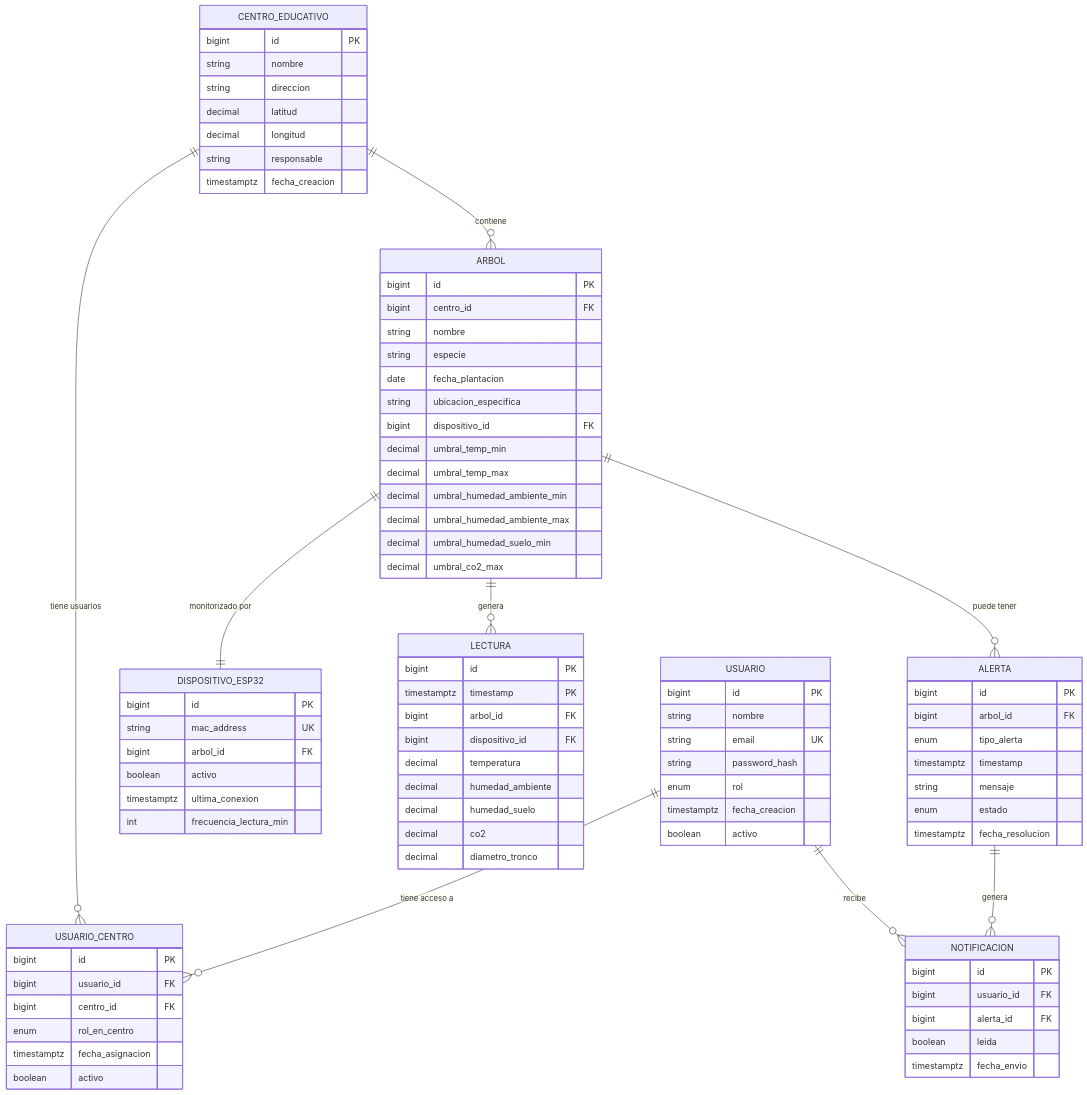
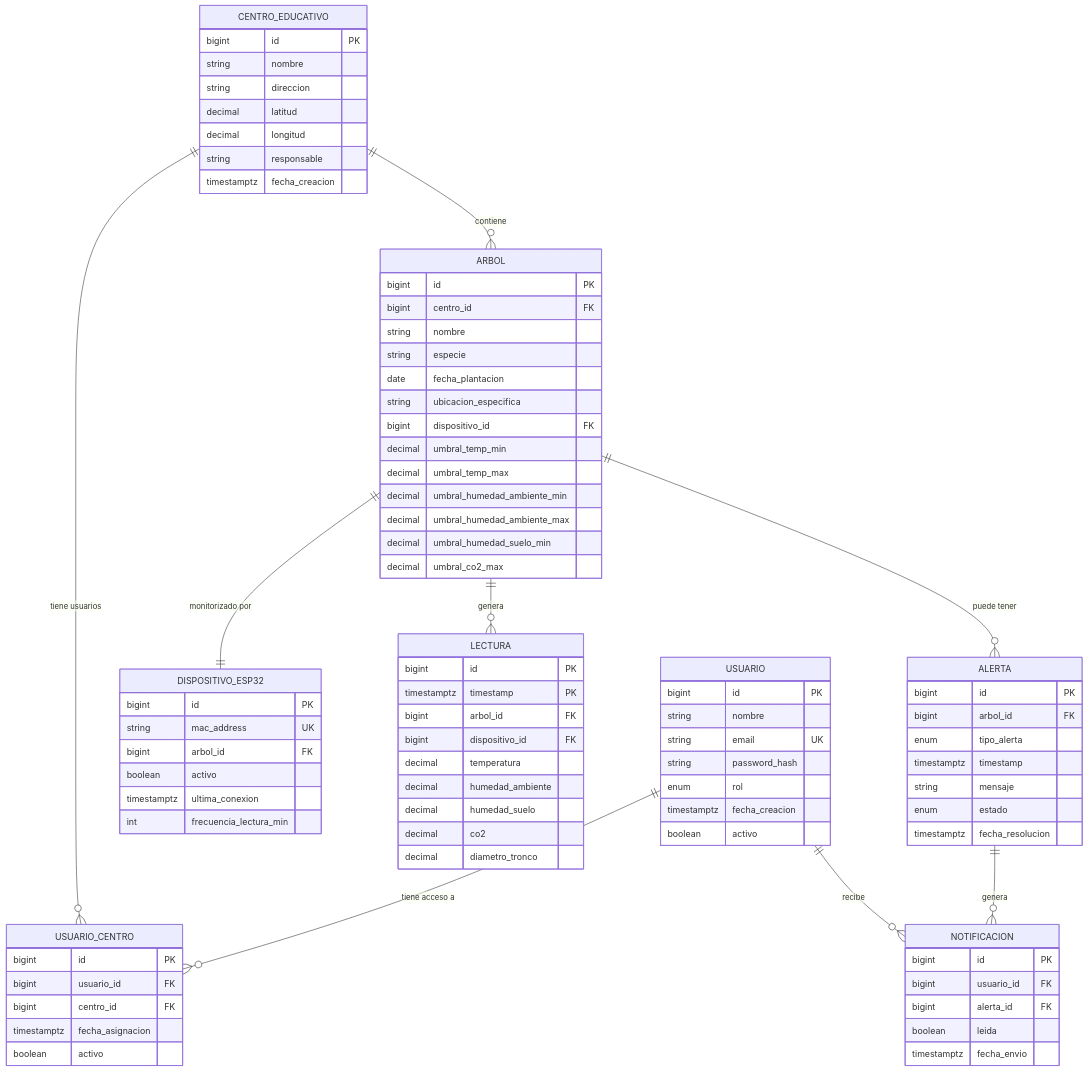
One commit to riordi80/vocational-training-final-project changed the first of 2 diagrams in docs/04. MODELO_DATOS.md. Above: the diagram before and after it, drawn with Mermaid. The commit also changed other lines of this file and 3 other files, not shown here.

```diff
--- a/docs/04. MODELO_DATOS.md
+++ b/docs/04. MODELO_DATOS.md
@@ -126,7 +126,6 @@
         bigint id PK
         bigint usuario_id FK
         bigint centro_id FK
-        enum rol_en_centro
         timestamptz fecha_asignacion
         boolean activo
     }
```
